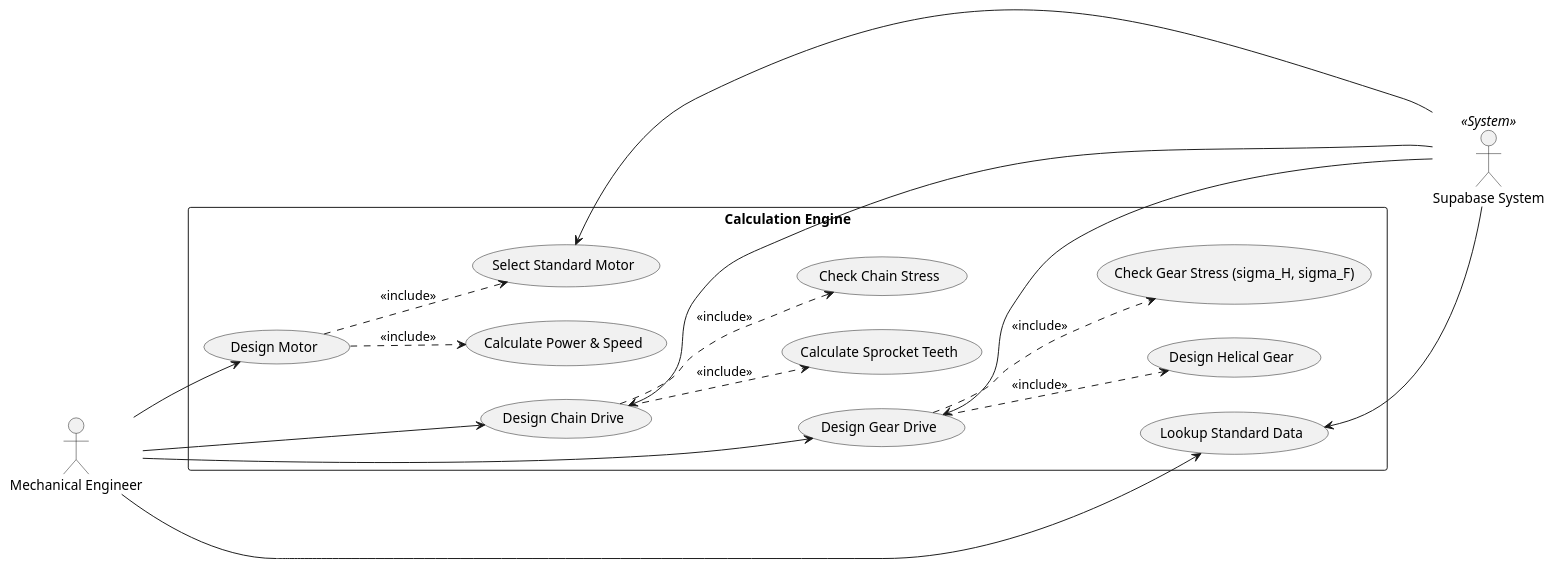
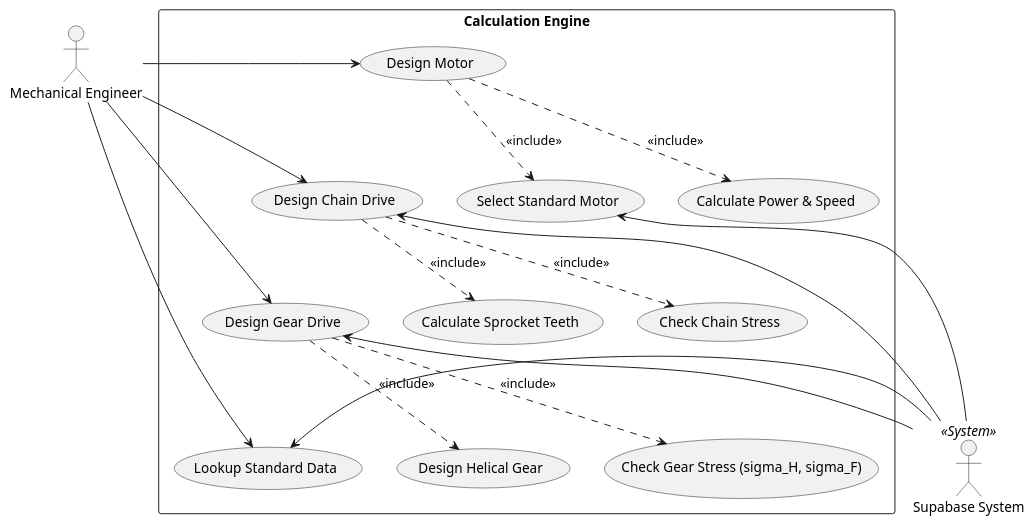
Before and after one commit to dvydinh/mechdrive: the diagram in docs/uml/uc_calc.puml, drawn with PlantUML. The commit also changed 5 other files, not shown here.

```diff
--- a/docs/uml/uc_calc.puml
+++ b/docs/uml/uc_calc.puml
@@ -1,47 +1,46 @@
 @startuml
-left to right direction
 skinparam packageStyle rectangle
 
 actor "Mechanical Engineer" as eng
 actor "Supabase System" as db << System >>
 
 package "Calculation Engine" {
   usecase "Design Motor" as UC1
   usecase "Calculate Power & Speed" as UC1_1
   usecase "Select Standard Motor" as UC1_2
   
   usecase "Design Chain Drive" as UC2
   usecase "Calculate Sprocket Teeth" as UC2_1
   usecase "Check Chain Stress" as UC2_2
   
   usecase "Design Gear Drive" as UC3
   usecase "Design Helical Gear" as UC3_2
   usecase "Check Gear Stress (sigma_H, sigma_F)" as UC3_3
   
   usecase "Lookup Standard Data" as UC5
 }
 
 UC1 -[hidden]down-> UC2
 UC2 -[hidden]down-> UC3
 UC3 -[hidden]down-> UC5
 
-eng --> UC1
-UC1 ..> UC1_1 : <<include>>
-UC1 ..> UC1_2 : <<include>>
+eng -right-> UC1
+UC1 .down.> UC1_1 : <<include>>
+UC1 .down.> UC1_2 : <<include>>
 
-eng --> UC2
-UC2 ..> UC2_1 : <<include>>
-UC2 ..> UC2_2 : <<include>>
+eng -right-> UC2
+UC2 .down.> UC2_1 : <<include>>
+UC2 .down.> UC2_2 : <<include>>
 
-eng --> UC3
-UC3 ..> UC3_2 : <<include>>
-UC3 ..> UC3_3 : <<include>>
+eng -right-> UC3
+UC3 .down.> UC3_2 : <<include>>
+UC3 .down.> UC3_3 : <<include>>
 
-eng --> UC5
+eng -right-> UC5
 
-UC1_2 <-- db
-UC2 <-- db
-UC3 <-- db
-UC5 <-- db
+UC1_2 <-right- db
+UC2 <-right- db
+UC3 <-right- db
+UC5 <-right- db
 
 @enduml
```
